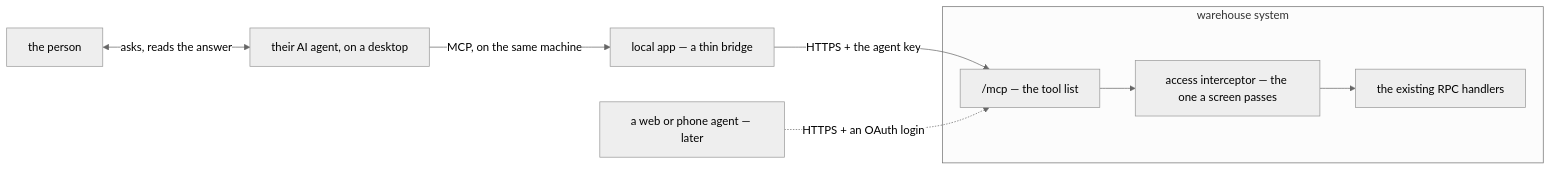
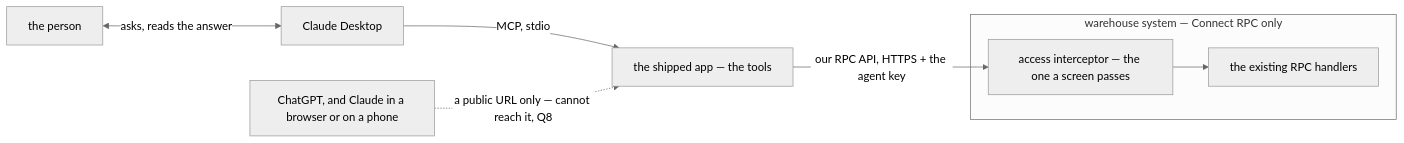
One commit to pdcgo/warehouse_revamp changed the first of 7 diagrams in docs/business/mcp/context_clarify.md. Above: the diagram before and after it, drawn with Mermaid (neutral theme). The commit also changed other lines of this file and 3 other files, not shown here.

First line of the commit message:
mcp: record Q2 - the tools in the shipped app, ChatGPT and Claude - and the conflict between them

````diff
--- a/docs/business/mcp/context_clarify.md
+++ b/docs/business/mcp/context_clarify.md
@@ -61,11 +66,10 @@
 ```mermaid
 flowchart LR
-  subgraph S["warehouse system"]
-    M["/mcp — the tool list"] --> I["access interceptor — the one a screen passes"]
-    I --> H["the existing RPC handlers"]
+  subgraph S["warehouse system — Connect RPC only"]
+    I["access interceptor — the one a screen passes"] --> H["the existing RPC handlers"]
   end
-  P["the person"] <-->|"asks, reads the answer"| A["their AI agent, on a desktop"]
-  A -->|"MCP, on the same machine"| L["local app — a thin bridge"]
-  L -->|"HTTPS + the agent key"| M
-  W["a web or phone agent — later"] -.->|"HTTPS + an OAuth login"| M
+  P["the person"] <-->|"asks, reads the answer"| A["Claude Desktop"]
+  A -->|"MCP, stdio"| L["the shipped app — the tools"]
+  L -->|"our RPC API, HTTPS + the agent key"| I
+  G["ChatGPT, and Claude in a browser or on a phone"] -.->|"a public URL only — cannot reach it, Q8"| L
 ```
````
